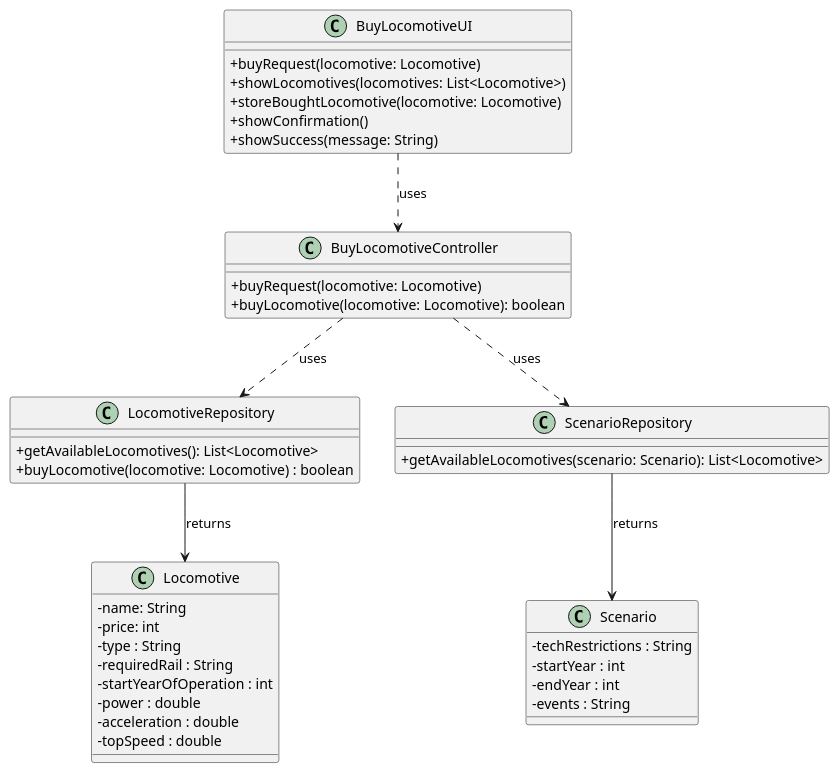
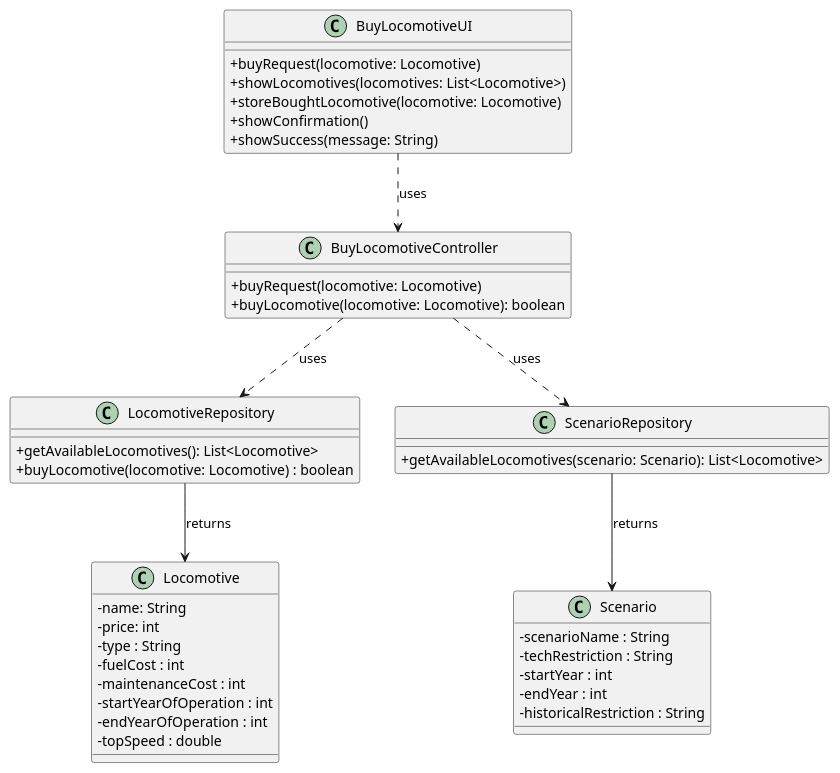
Before and after one commit to goncalolopesp/sem2-pi-24.25-g093-repo: the diagram in docs/system-documentation/US009/03.design/puml/US009-CD.puml, drawn with PlantUML. The commit also changed 2 other files, not shown here.

Commit message:
US009 - Updated the "Class Diagram"

```diff
--- a/docs/system-documentation/US009/03.design/puml/US009-CD.puml
+++ b/docs/system-documentation/US009/03.design/puml/US009-CD.puml
@@ -1,54 +1,55 @@
 @startuml US009-CD
 skinparam packageStyle rectangle
 skinparam shadowing false
 skinparam linetype polyline
 skinparam classAttributeIconSize 0
 
 class BuyLocomotiveUI {
   + buyRequest(locomotive: Locomotive)
   + showLocomotives(locomotives: List<Locomotive>)
   + storeBoughtLocomotive(locomotive: Locomotive)
   + showConfirmation()
   + showSuccess(message: String)
 }
 
 class BuyLocomotiveController {
   + buyRequest(locomotive: Locomotive)
   + buyLocomotive(locomotive: Locomotive): boolean
 }
 
 class LocomotiveRepository {
   + getAvailableLocomotives(): List<Locomotive>
   + buyLocomotive(locomotive: Locomotive) : boolean
 }
 
 class ScenarioRepository {
   + getAvailableLocomotives(scenario: Scenario): List<Locomotive>
 }
 
 class Locomotive {
   - name: String
   - price: int
   - type : String
-  - requiredRail : String
+  - fuelCost : int
+  - maintenanceCost : int
   - startYearOfOperation : int
-  - power : double
-  - acceleration : double
+  - endYearOfOperation : int
   - topSpeed : double
 }
 
 class Scenario {
-  - techRestrictions : String
+  - scenarioName : String
+  - techRestriction : String
   - startYear : int
   - endYear : int
-  - events : String
+  - historicalRestriction : String
 }
 
 BuyLocomotiveUI ..> BuyLocomotiveController     : uses
 BuyLocomotiveController ..> LocomotiveRepository   : uses
 BuyLocomotiveController ..> ScenarioRepository    : uses
 
 LocomotiveRepository --> Locomotive    : returns
 ScenarioRepository  --> Scenario     : returns
 
 @enduml
```
